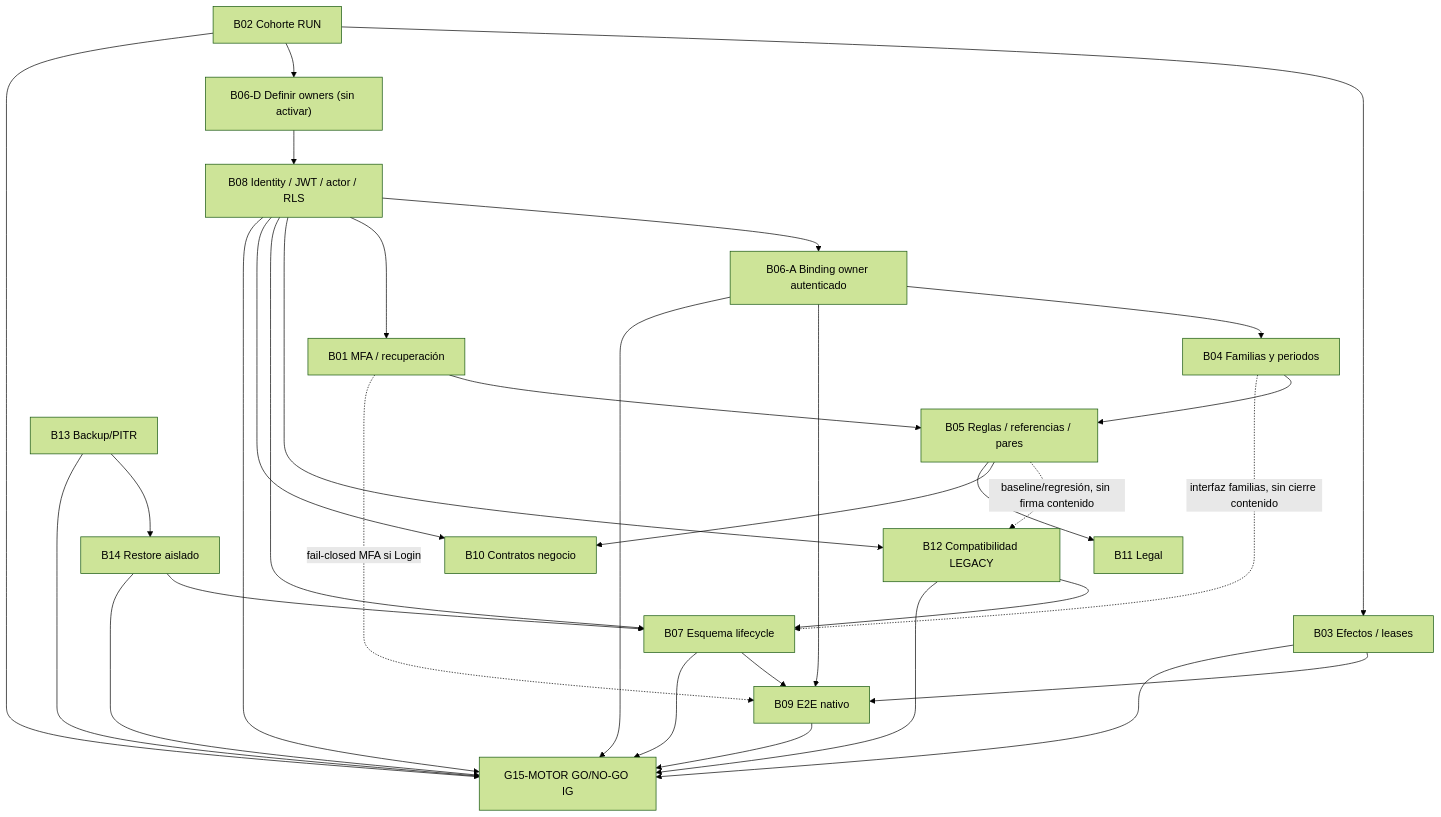
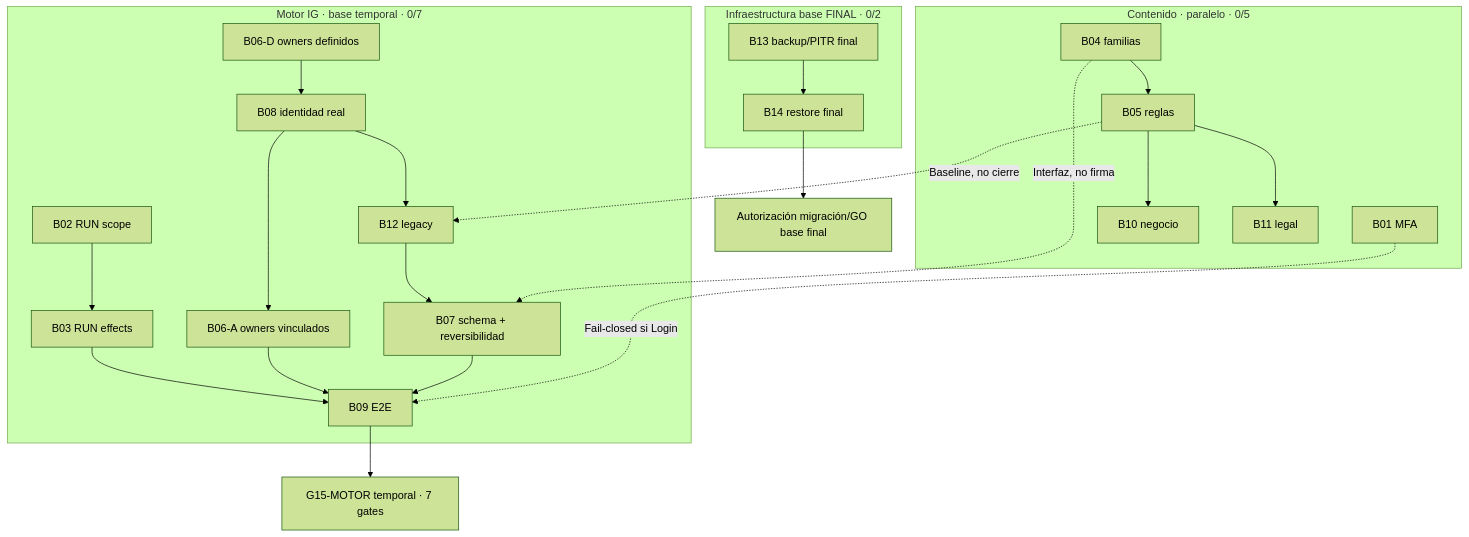
The diagram in audits/rule-quality-lote28/01_camino_critico_y_dependencias.md (cristhianlujan/claude-persona-lf-patch), drawn with Mermaid (forest theme) before and after one commit. The commit also changed other lines of this file and 10 other files, not shown here.

Commit message:
docs(lote28): scope motor 7, content 5, final infrastructure 2; owner backup decision unsigned

````diff
--- a/audits/rule-quality-lote28/01_camino_critico_y_dependencias.md
+++ b/audits/rule-quality-lote28/01_camino_critico_y_dependencias.md
@@ -7,34 +5,27 @@
 ```mermaid
 flowchart TD
-  B02["B02 Cohorte RUN"] --> B03["B03 Efectos / leases"]
-  B02 --> O0["B06-D Definir owners (sin activar)"]
-  O0 --> B08["B08 Identity / JWT / actor / RLS"]
-  B08 --> O1["B06-A Binding owner autenticado"]
-  O1 --> B04["B04 Familias y periodos"]
-  B08 --> B01["B01 MFA / recuperación"]
-  B04 --> B05["B05 Reglas / referencias / pares"]
-  B01 --> B05
-  B08 --> B12["B12 Compatibilidad LEGACY"]
-  B05 -.->|"baseline/regresión, sin firma contenido"| B12
-  B13["B13 Backup/PITR"] --> B14["B14 Restore aislado"]
-  B04 -.->|"interfaz familias, sin cierre contenido"| B07["B07 Esquema lifecycle"]
-  B08 --> B07
-  B12 --> B07
-  B14 --> B07
-  B03 --> B09["B09 E2E nativo"]
-  O1 --> B09
-  B01 -.->|"fail-closed MFA si Login"| B09
+ subgraph MOTOR["Motor IG · base temporal · 0/7"]
+  B02["B02 RUN scope"] --> B03["B03 RUN effects"]
+  D["B06-D owners definidos"] --> B08["B08 identidad real"]
+  B08 --> A["B06-A owners vinculados"]
+  B08 --> B12["B12 legacy"]
+  B12 --> B07["B07 schema + reversibilidad"]
+  B03 --> B09["B09 E2E"]
+  A --> B09
   B07 --> B09
-  B08 --> B10["B10 Contratos negocio"]
-  B05 --> B10
-  B05 --> B11["B11 Legal"]
-  B02 --> G15["G15-MOTOR GO/NO-GO IG"]
-  B03 --> G15
-  O1 --> G15
-  B08 --> G15
-  B07 --> G15
-  B12 --> G15
-  B13 --> G15
-  B14 --> G15
-  B09 --> G15
+ end
+ subgraph CONT["Contenido · paralelo · 0/5"]
+  B01["B01 MFA"]
+  B04["B04 familias"] --> B05["B05 reglas"]
+  B05 --> B10["B10 negocio"]
+  B05 --> B11["B11 legal"]
+ end
+ B04 -.->|"Interfaz, no firma"| B07
+ B05 -.->|"Baseline, no cierre"| B12
+ B01 -.->|"Fail-closed si Login"| B09
+ subgraph INFRA["Infraestructura base FINAL · 0/2"]
+   B13["B13 backup/PITR final"] --> B14["B14 restore final"]
+ end
+ B14 --> FINAL["Autorización migración/GO base final"]
+ B09 --> G15["G15-MOTOR temporal · 7 gates"]
 ```
````
